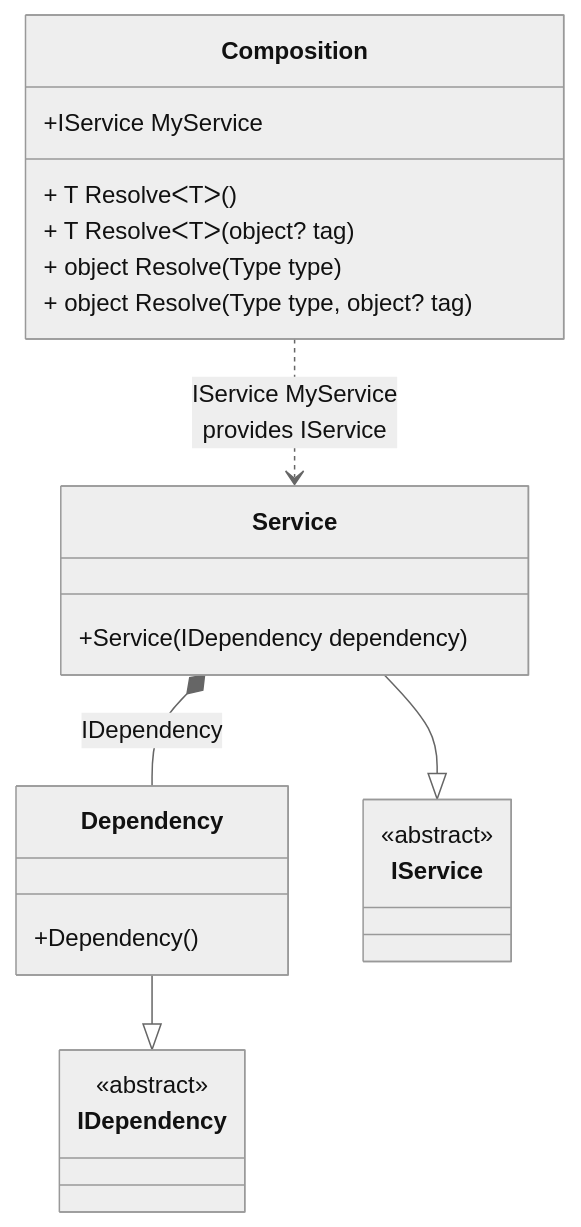
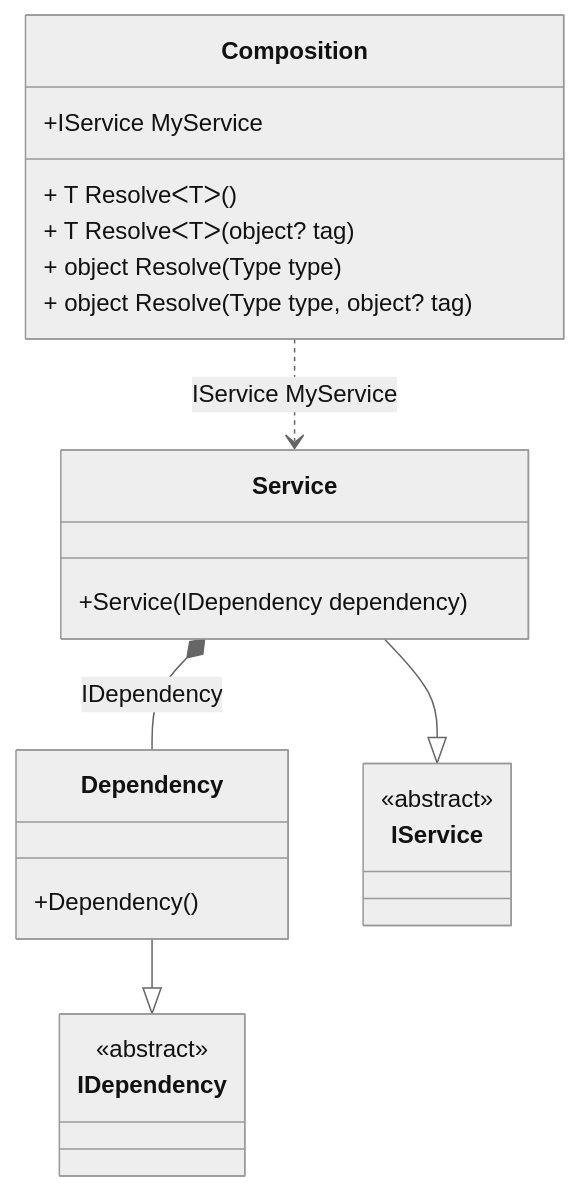
Before and after one commit to DevTeam/Pure.DI: the diagram in readme/tostring-hint.md, drawn with Mermaid (neutral theme). The commit also changed other lines of this file and 74 other files, not shown here.

````diff
--- a/readme/tostring-hint.md
+++ b/readme/tostring-hint.md
@@ -31,26 +31,26 @@
 ```mermaid
 classDiagram
   class Composition {
     +IService MyService
     + T ResolveᐸTᐳ()
     + T ResolveᐸTᐳ(object? tag)
     + object Resolve(Type type)
     + object Resolve(Type type, object? tag)
   }
   Dependency --|> IDependency : 
   class Dependency {
     +Dependency()
   }
   Service --|> IService : 
   class Service {
     +Service(IDependency dependency)
   }
   class IDependency {
     <<abstract>>
   }
   class IService {
     <<abstract>>
   }
   Service *--  Dependency : IDependency
-  Composition ..> Service : IService MyService<br/>provides IService
+  Composition ..> Service : IService MyService
 ```
````
